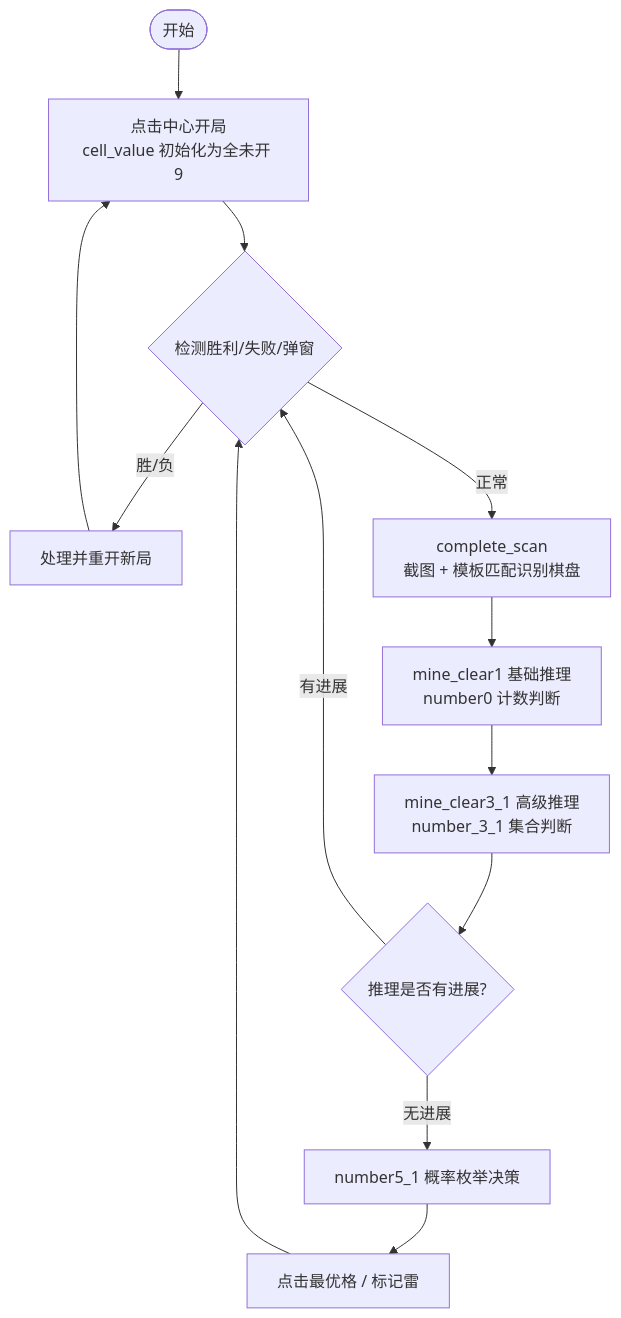
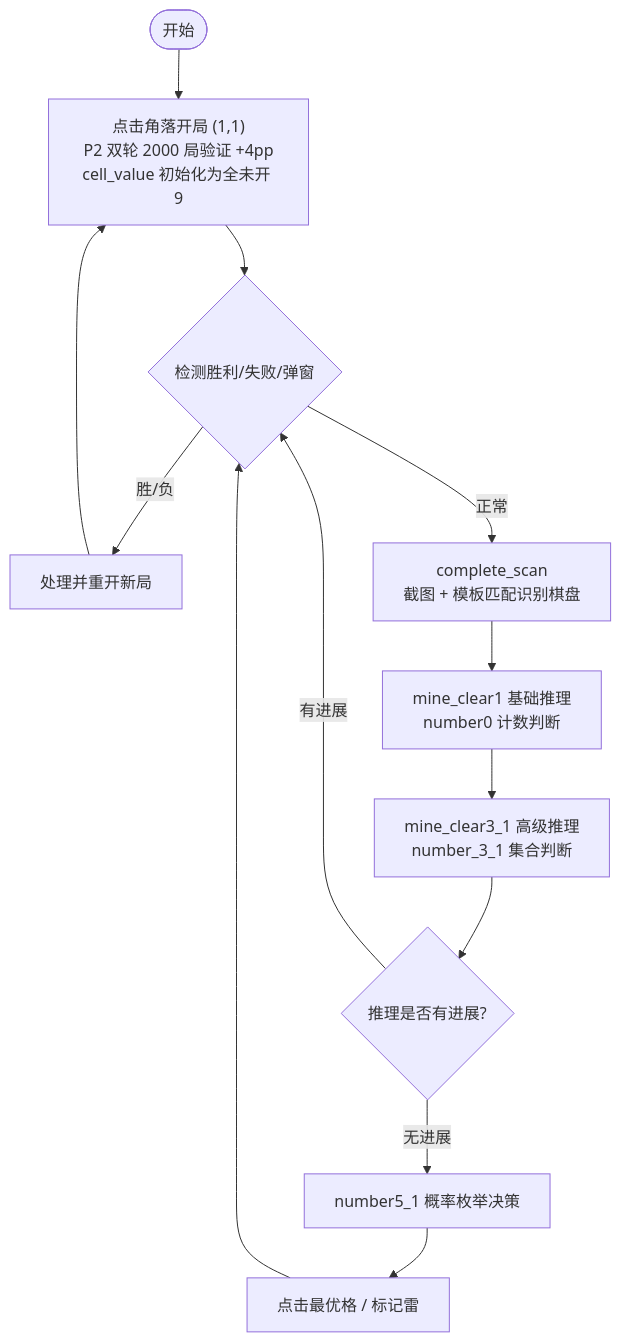
One commit to wangyuanchuan2022/minesweeper_help changed the first of 4 diagrams in README.md. Above: the diagram before and after it, drawn with Mermaid. The commit also changed 6 other files, not shown here.

````diff
--- a/README.md
+++ b/README.md
@@ -111,15 +111,15 @@
 ```mermaid
 flowchart TD
-    Start([开始]) --> Init["点击中心开局<br/>cell_value 初始化为全未开 9"]
+    Start([开始]) --> Init["点击角落开局 (1,1)<br/>P2 双轮 2000 局验证 +4pp<br/>cell_value 初始化为全未开 9"]
     Init --> Detect{"检测胜利/失败/弹窗"}
     Detect -->|"胜/负"| Restart["处理并重开新局"]
     Restart --> Init
     Detect -->|"正常"| Scan["complete_scan<br/>截图 + 模板匹配识别棋盘"]
     Scan --> Basic["mine_clear1 基础推理<br/>number0 计数判断"]
     Basic --> Adv["mine_clear3_1 高级推理<br/>number_3_1 集合判断"]
     Adv --> Prog{"推理是否有进展?"}
     Prog -->|"有进展"| Detect
     Prog -->|"无进展"| Prob["number5_1 概率枚举决策"]
     Prob --> Act["点击最优格 / 标记雷"]
     Act --> Detect
 ```
````
